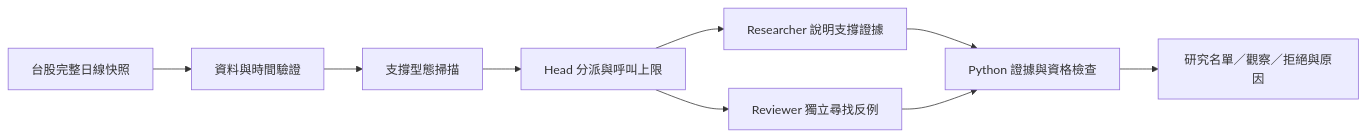
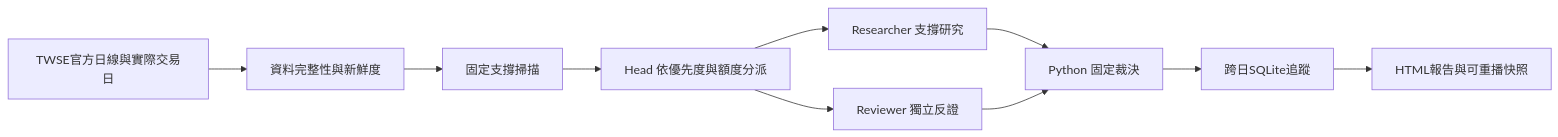
Before and after one commit to konakona-0827/STOCKLLMVER2: the diagram in README.md, drawn with Mermaid. The commit also changed other lines of this file and 29 other files, not shown here.

````diff
--- a/README.md
+++ b/README.md
@@ -7,11 +7,12 @@
 ```mermaid
 flowchart LR
-    A[台股完整日線快照] --> B[資料與時間驗證]
-    B --> C[支撐型態掃描]
-    C --> H[Head 分派與呼叫上限]
-    H --> R[Researcher 說明支撐證據]
-    H --> V[Reviewer 獨立尋找反例]
-    R --> G[Python 證據與資格檢查]
+    A[TWSE官方日線與實際交易日] --> B[資料完整性與新鮮度]
+    B --> C[固定支撐掃描]
+    C --> H[Head 依優先度與額度分派]
+    H --> R[Researcher 支撐研究]
+    H --> V[Reviewer 獨立反證]
+    R --> G[Python 固定裁決]
     V --> G
-    G --> O[研究名單／觀察／拒絕與原因]
+    G --> L[跨日SQLite追蹤]
+    L --> O[HTML報告與可重播快照]
 ```
````
